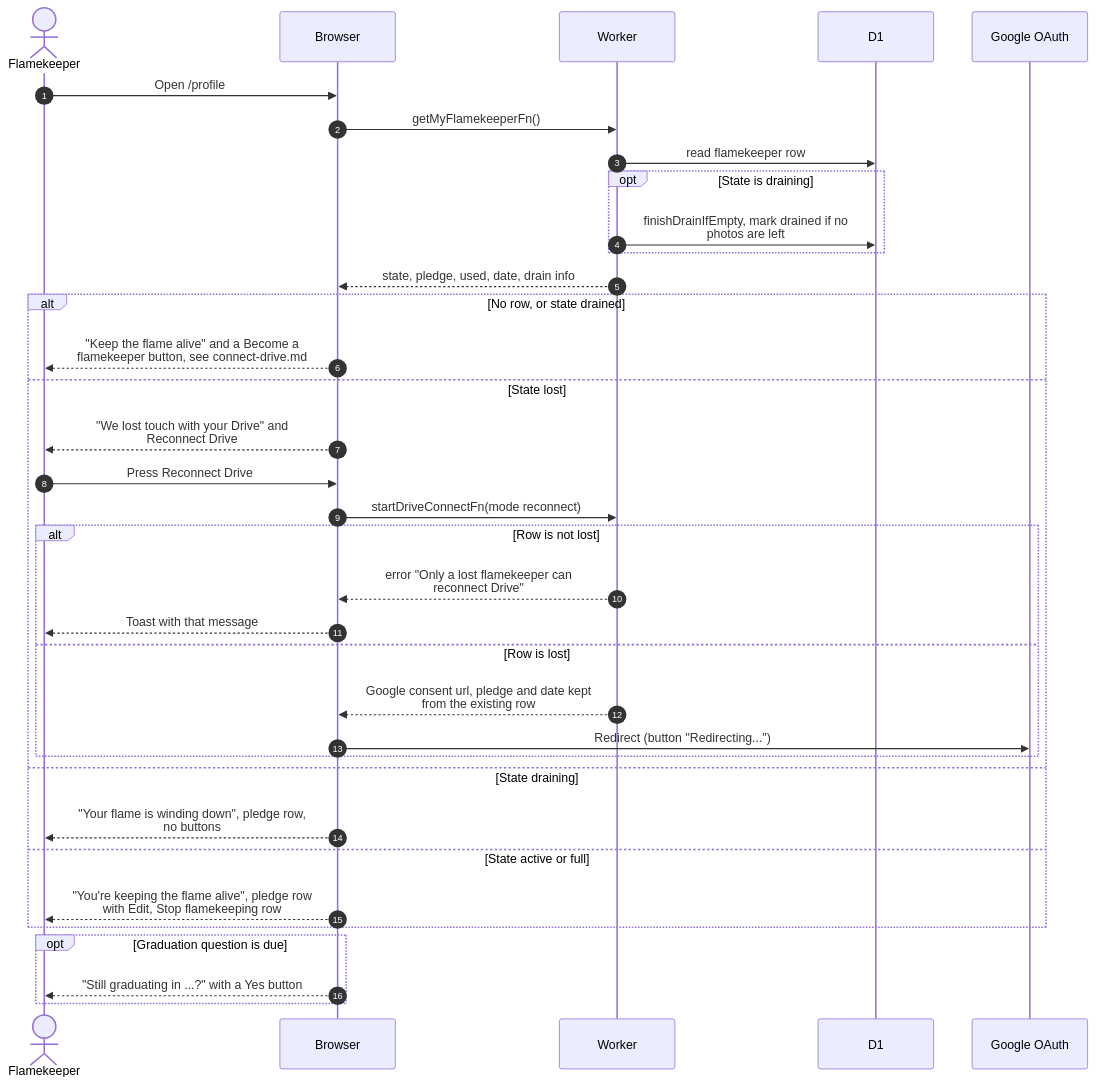
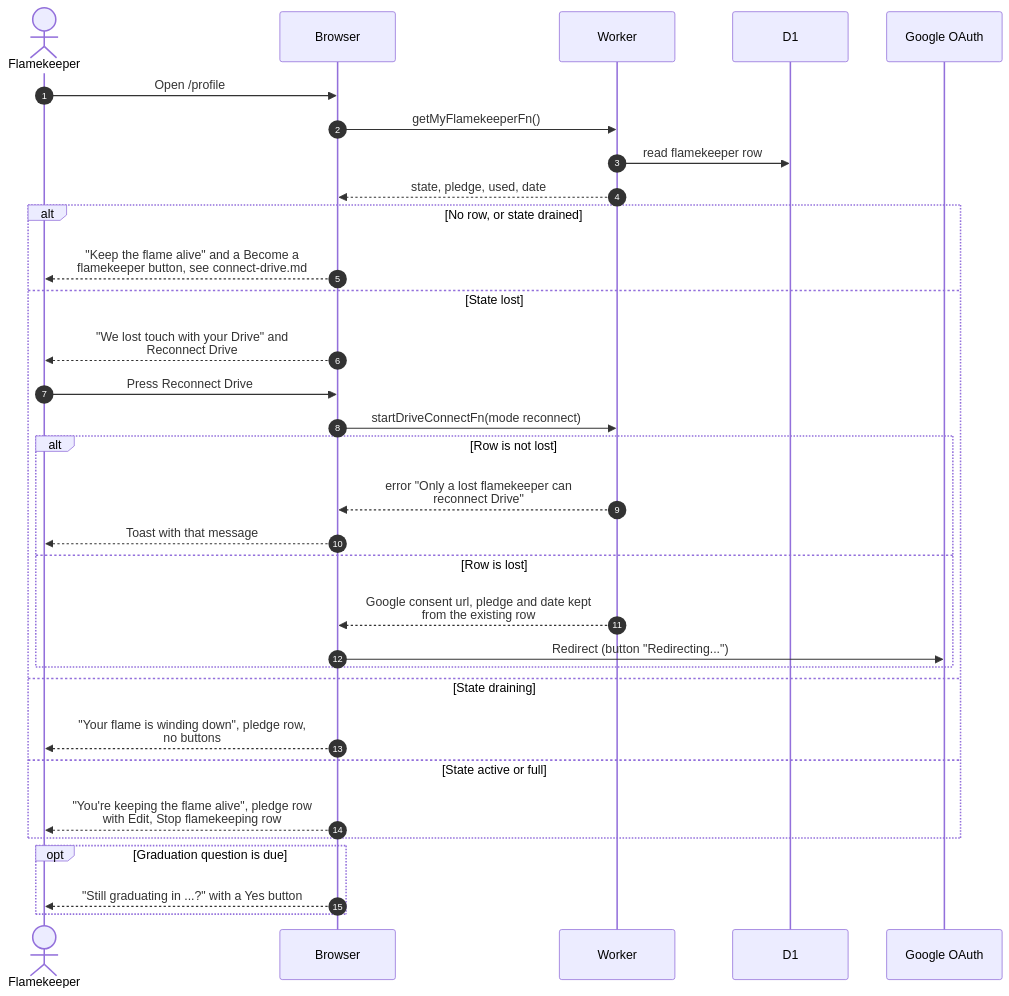
The diagram in docs/scenarios/flamekeepers/profile-card.md (sagyzdop/meriksirat), drawn with Mermaid before and after one commit. The commit also changed other lines of this file and 74 other files, not shown here.

````diff
--- a/docs/scenarios/flamekeepers/profile-card.md
+++ b/docs/scenarios/flamekeepers/profile-card.md
@@ -44,37 +41,34 @@
 ```mermaid
 sequenceDiagram
     autonumber
     actor F as Flamekeeper
     participant Browser
     participant Worker
     participant D1
     participant GO as Google OAuth
     F->>Browser: Open /profile
     Browser->>Worker: getMyFlamekeeperFn()
     Worker->>D1: read flamekeeper row
-    opt State is draining
-        Worker->>D1: finishDrainIfEmpty, mark drained if no<br/>photos are left
-    end
-    Worker-->>Browser: state, pledge, used, date, drain info
+    Worker-->>Browser: state, pledge, used, date
     alt No row, or state drained
         Browser-->>F: "Keep the flame alive" and a Become a<br/>flamekeeper button, see connect-drive.md
     else State lost
         Browser-->>F: "We lost touch with your Drive" and<br/>Reconnect Drive
         F->>Browser: Press Reconnect Drive
         Browser->>Worker: startDriveConnectFn(mode reconnect)
         alt Row is not lost
             Worker-->>Browser: error "Only a lost flamekeeper can<br/>reconnect Drive"
             Browser-->>F: Toast with that message
         else Row is lost
             Worker-->>Browser: Google consent url, pledge and date kept<br/>from the existing row
             Browser->>GO: Redirect (button "Redirecting...")
         end
     else State draining
         Browser-->>F: "Your flame is winding down", pledge row,<br/>no buttons
     else State active or full
         Browser-->>F: "You're keeping the flame alive", pledge row<br/>with Edit, Stop flamekeeping row
     end
     opt Graduation question is due
         Browser-->>F: "Still graduating in ...?" with a Yes button
     end
 ```
````
